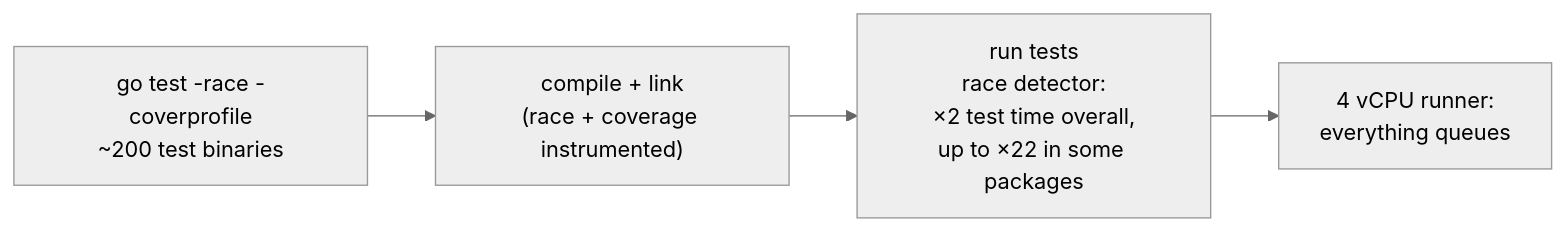
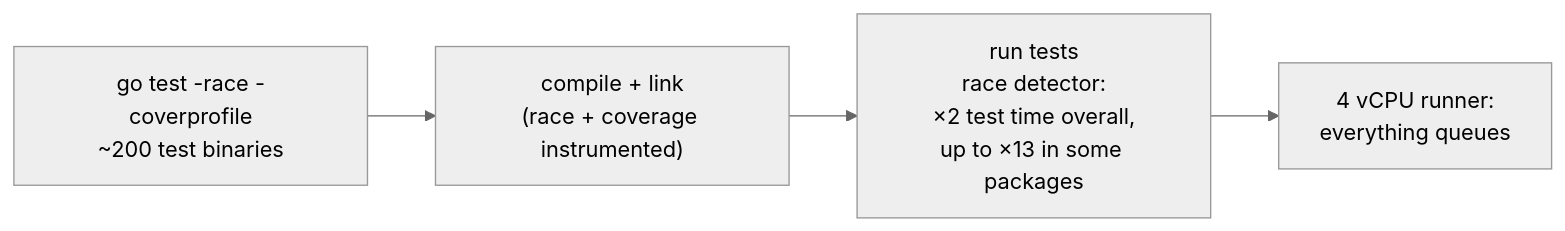
The second of 3 diagrams in .planning/2026-11-24-test-suite-assessment.md (cubbit/dittofs), drawn with Mermaid (neutral theme) before and after one commit. The commit also changed other lines of this file, not shown here.

Commit message:
docs(planning): fold the first review into the test suite assessment

````diff
--- a/.planning/2026-11-24-test-suite-assessment.md
+++ b/.planning/2026-11-24-test-suite-assessment.md
@@ -73,6 +73,6 @@
 ```mermaid
 flowchart LR
     A["go test -race -coverprofile<br/>~200 test binaries"] --> B["compile + link<br/>(race + coverage instrumented)"]
-    B --> C["run tests<br/>race detector:<br/>×2 test time overall,<br/>up to ×22 in some packages"]
+    B --> C["run tests<br/>race detector:<br/>×2 test time overall,<br/>up to ×13 in some packages"]
     C --> D["4 vCPU runner:<br/>everything queues"]
 ```
````
